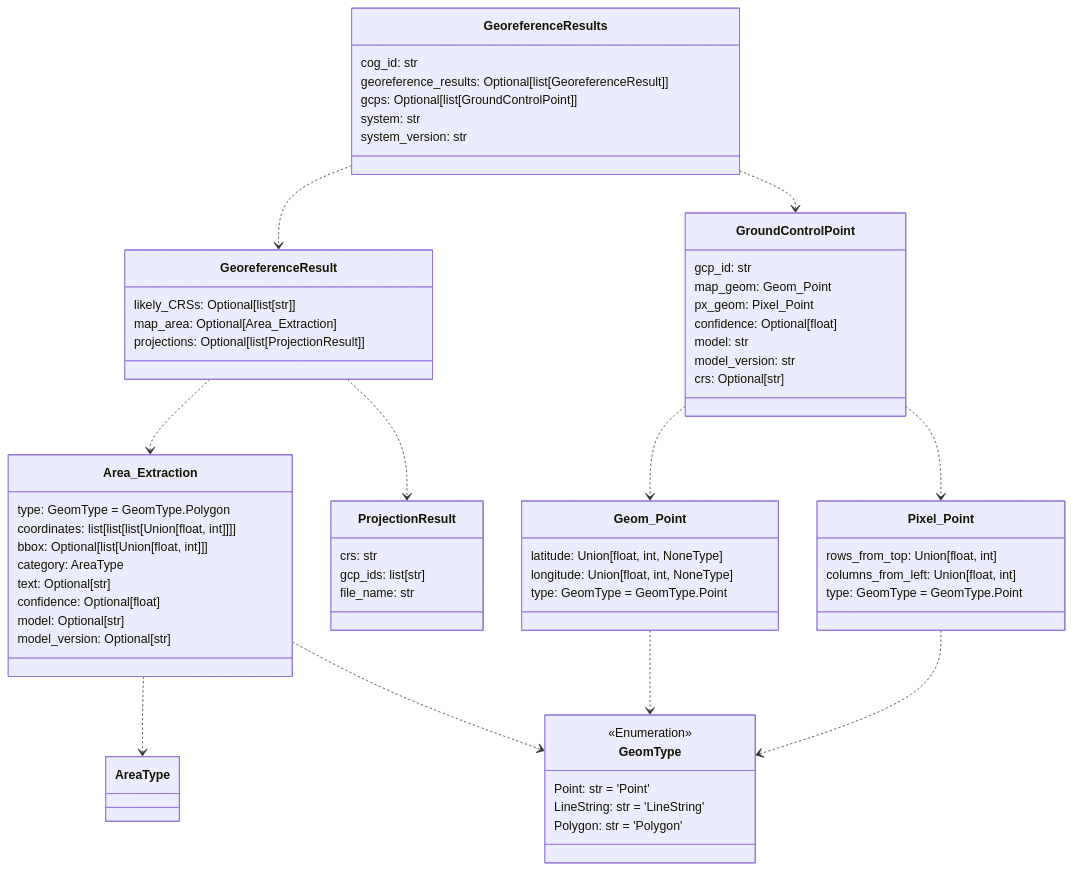
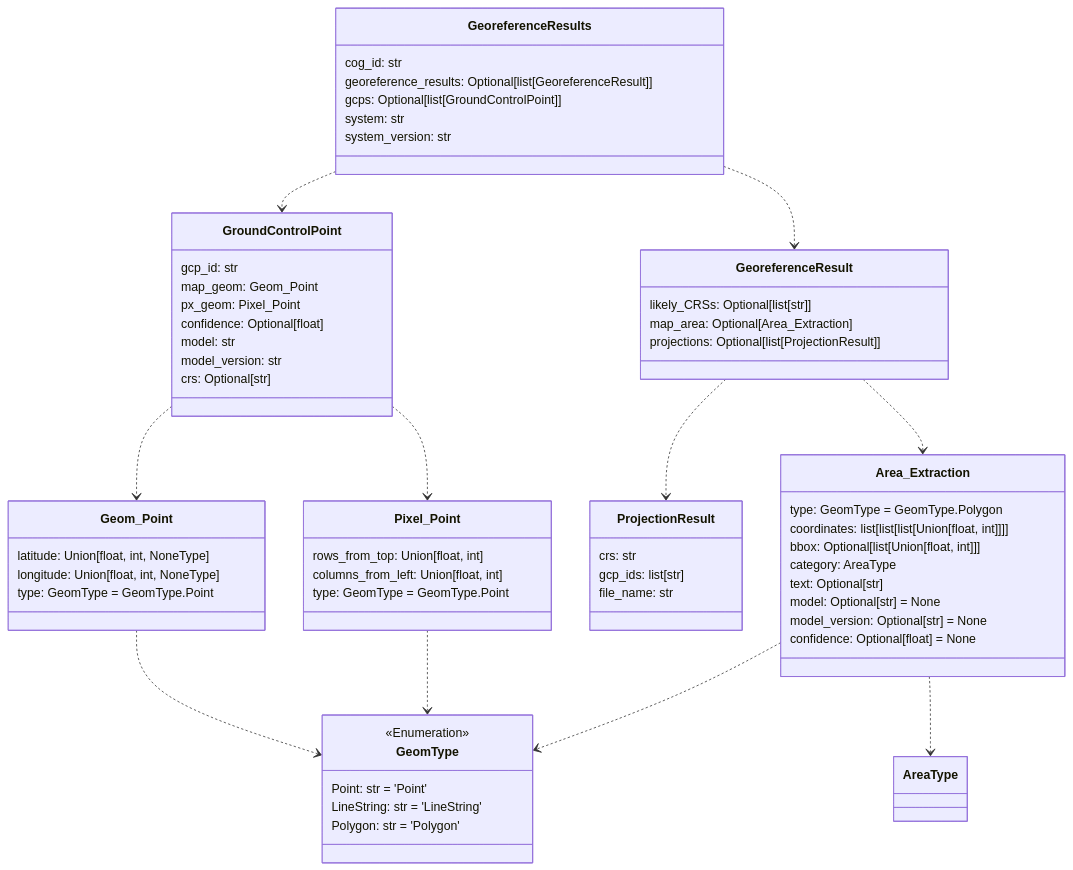
The second of 12 diagrams in README.md (DARPA-CRITICALMAAS/cdr_schemas), drawn with Mermaid before and after one commit. The commit also changed other lines of this file and 7 other files, not shown here.

````diff
--- a/README.md
+++ b/README.md
@@ -113,76 +113,76 @@
 ```mermaid
 classDiagram
 
-    class GeoreferenceResult {
-        likely_CRSs: Optional[list[str]]
-        map_area: Optional[Area_Extraction]
-        projections: Optional[list[ProjectionResult]]
+    class Geom_Point {
+        latitude: Union[float, int, NoneType]
+        longitude: Union[float, int, NoneType]
+        type: GeomType = GeomType.Point
+    }
+
+    class Pixel_Point {
+        rows_from_top: Union[float, int]
+        columns_from_left: Union[float, int]
+        type: GeomType = GeomType.Point
     }
 
     class Area_Extraction {
         type: GeomType = GeomType.Polygon
         coordinates: list[list[list[Union[float, int]]]]
         bbox: Optional[list[Union[float, int]]]
         category: AreaType
         text: Optional[str]
-        confidence: Optional[float]
-        model: Optional[str]
-        model_version: Optional[str]
+        model: Optional[str] = None
+        model_version: Optional[str] = None
+        confidence: Optional[float] = None
+    }
+
+    class GeoreferenceResults {
+        cog_id: str
+        georeference_results: Optional[list[GeoreferenceResult]]
+        gcps: Optional[list[GroundControlPoint]]
+        system: str
+        system_version: str
+    }
+
+    class ProjectionResult {
+        crs: str
+        gcp_ids: list[str]
+        file_name: str
+    }
+
+    class GeoreferenceResult {
+        likely_CRSs: Optional[list[str]]
+        map_area: Optional[Area_Extraction]
+        projections: Optional[list[ProjectionResult]]
     }
 
     class GeomType {
         <<Enumeration>>
         Point: str = 'Point'
         LineString: str = 'LineString'
         Polygon: str = 'Polygon'
-    }
-
-    class Pixel_Point {
-        rows_from_top: Union[float, int]
-        columns_from_left: Union[float, int]
-        type: GeomType = GeomType.Point
-    }
-
-    class ProjectionResult {
-        crs: str
-        gcp_ids: list[str]
-        file_name: str
     }
 
     class GroundControlPoint {
         gcp_id: str
         map_geom: Geom_Point
         px_geom: Pixel_Point
         confidence: Optional[float]
         model: str
         model_version: str
         crs: Optional[str]
     }
 
-    class GeoreferenceResults {
-        cog_id: str
-        georeference_results: Optional[list[GeoreferenceResult]]
-        gcps: Optional[list[GroundControlPoint]]
-        system: str
-        system_version: str
-    }
-
-    class Geom_Point {
-        latitude: Union[float, int, NoneType]
-        longitude: Union[float, int, NoneType]
-        type: GeomType = GeomType.Point
-    }
-
+    Area_Extraction ..> GeomType
     Area_Extraction ..> AreaType
-    Area_Extraction ..> GeomType
     Geom_Point ..> GeomType
     Pixel_Point ..> GeomType
     GroundControlPoint ..> Geom_Point
     GroundControlPoint ..> Pixel_Point
+    GeoreferenceResult ..> ProjectionResult
     GeoreferenceResult ..> Area_Extraction
-    GeoreferenceResult ..> ProjectionResult
+    GeoreferenceResults ..> GroundControlPoint
     GeoreferenceResults ..> GeoreferenceResult
-    GeoreferenceResults ..> GroundControlPoint
 
 
 ```
````
